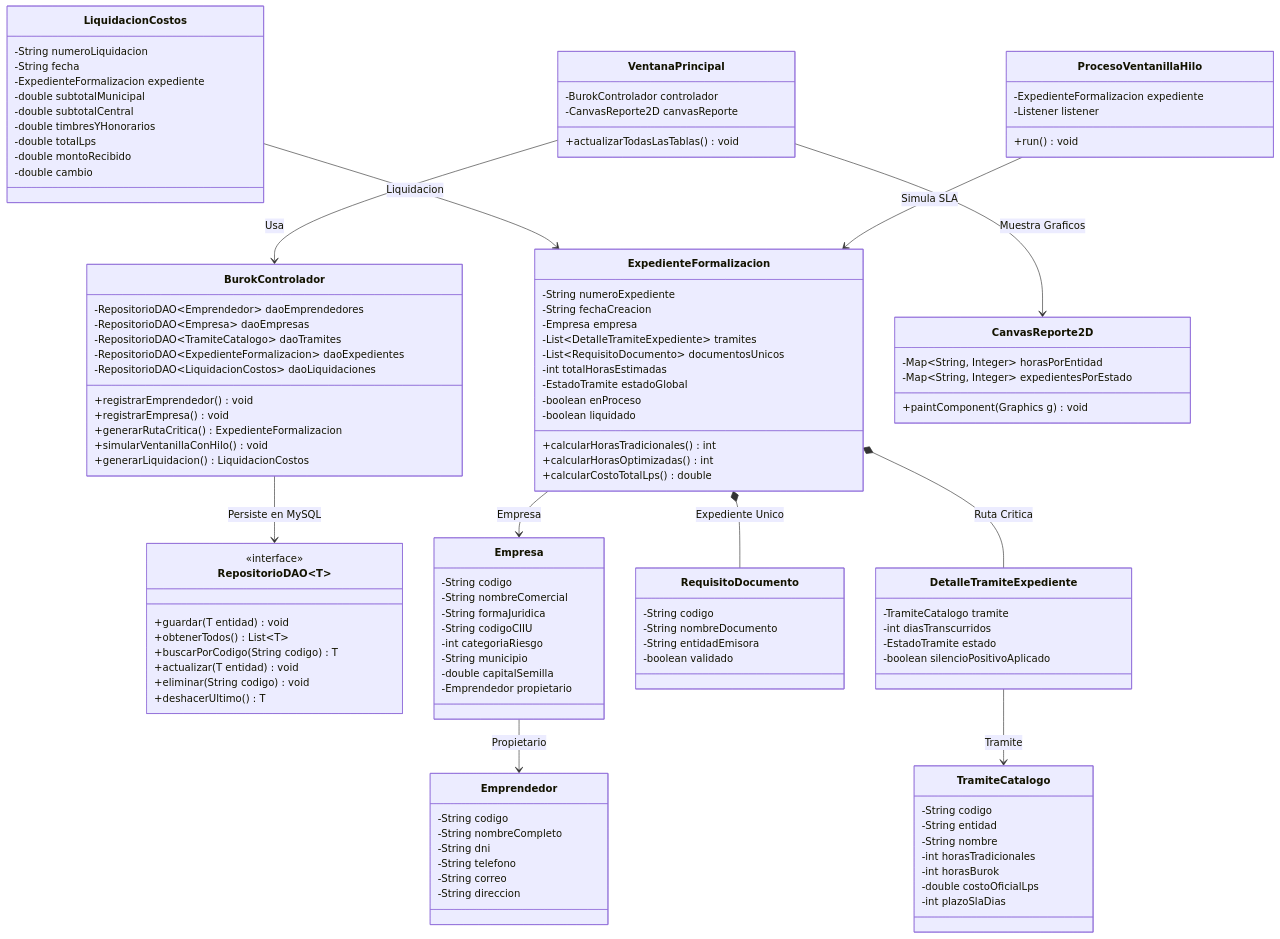
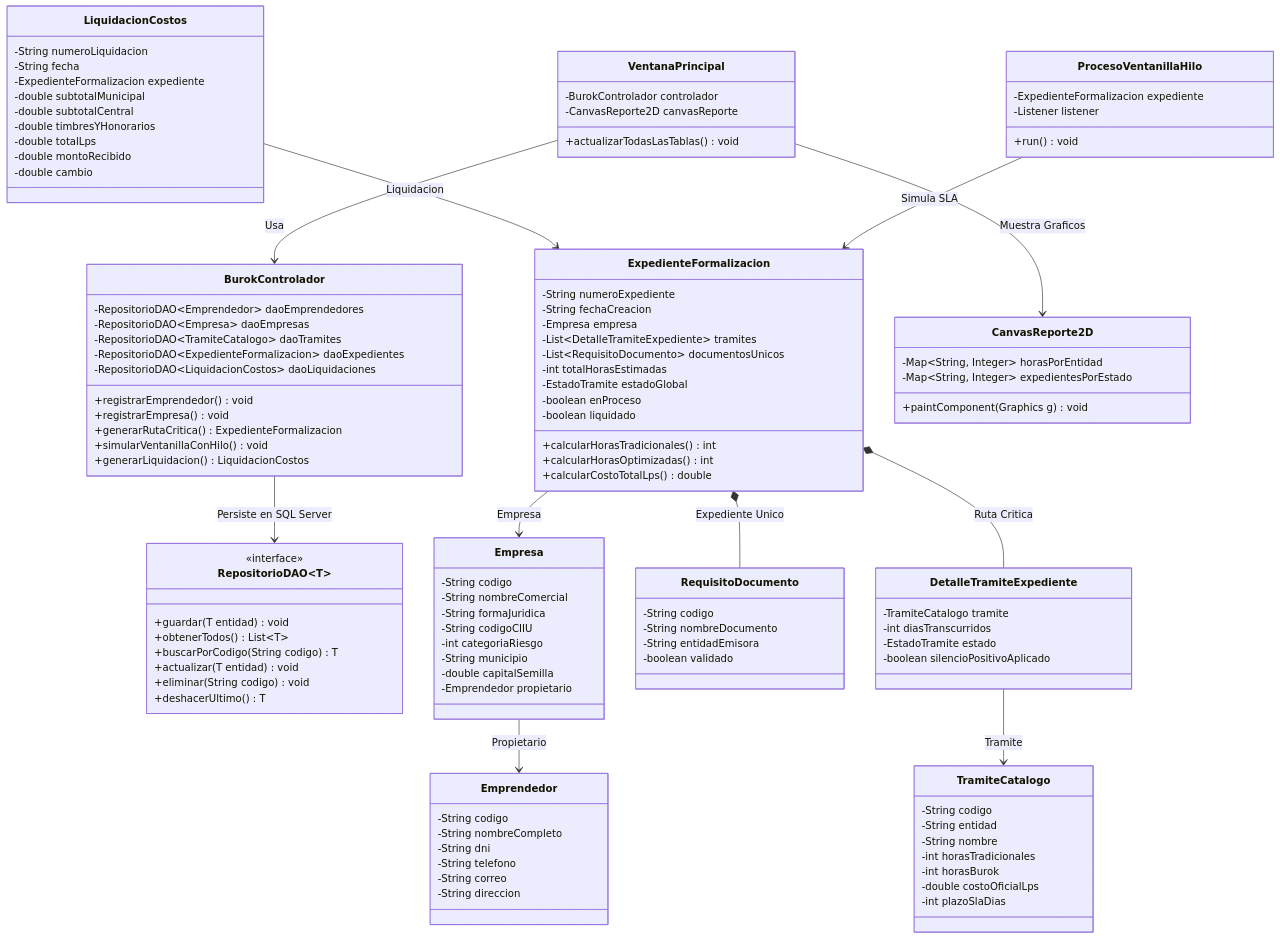
Before and after one commit to jomudev/Burok-TramiteFacilHN: the first of 2 diagrams in README.md, drawn with Mermaid. The commit also changed other lines of this file and 21 other files, not shown here.

Commit message:
Migrate project exclusively to Microsoft SQL Server and remove all MySQL traces

````diff
--- a/README.md
+++ b/README.md
@@ -177,7 +177,7 @@
     DetalleTramiteExpediente --> TramiteCatalogo : Tramite
     LiquidacionCostos --> ExpedienteFormalizacion : Liquidacion
     ProcesoVentanillaHilo --> ExpedienteFormalizacion : Simula SLA
-    BurokControlador --> RepositorioDAO : Persiste en MySQL
+    BurokControlador --> RepositorioDAO : Persiste en SQL Server
     VentanaPrincipal --> BurokControlador : Usa
     VentanaPrincipal --> CanvasReporte2D : Muestra Graficos
 ```
````
